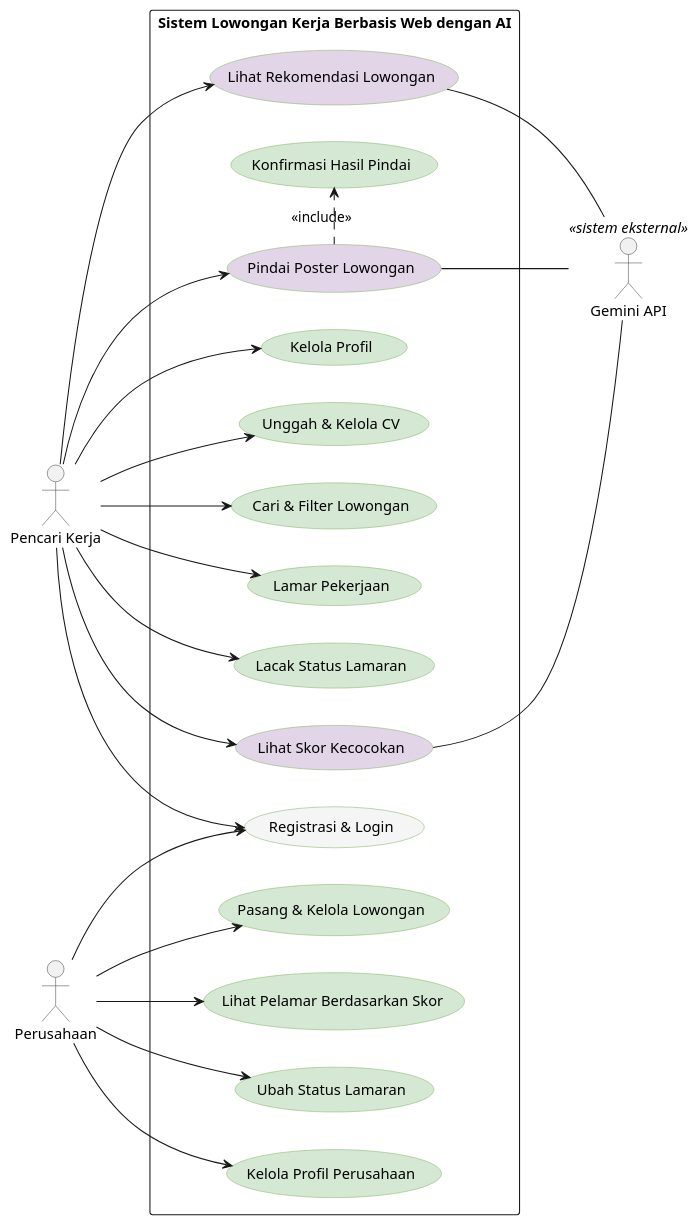
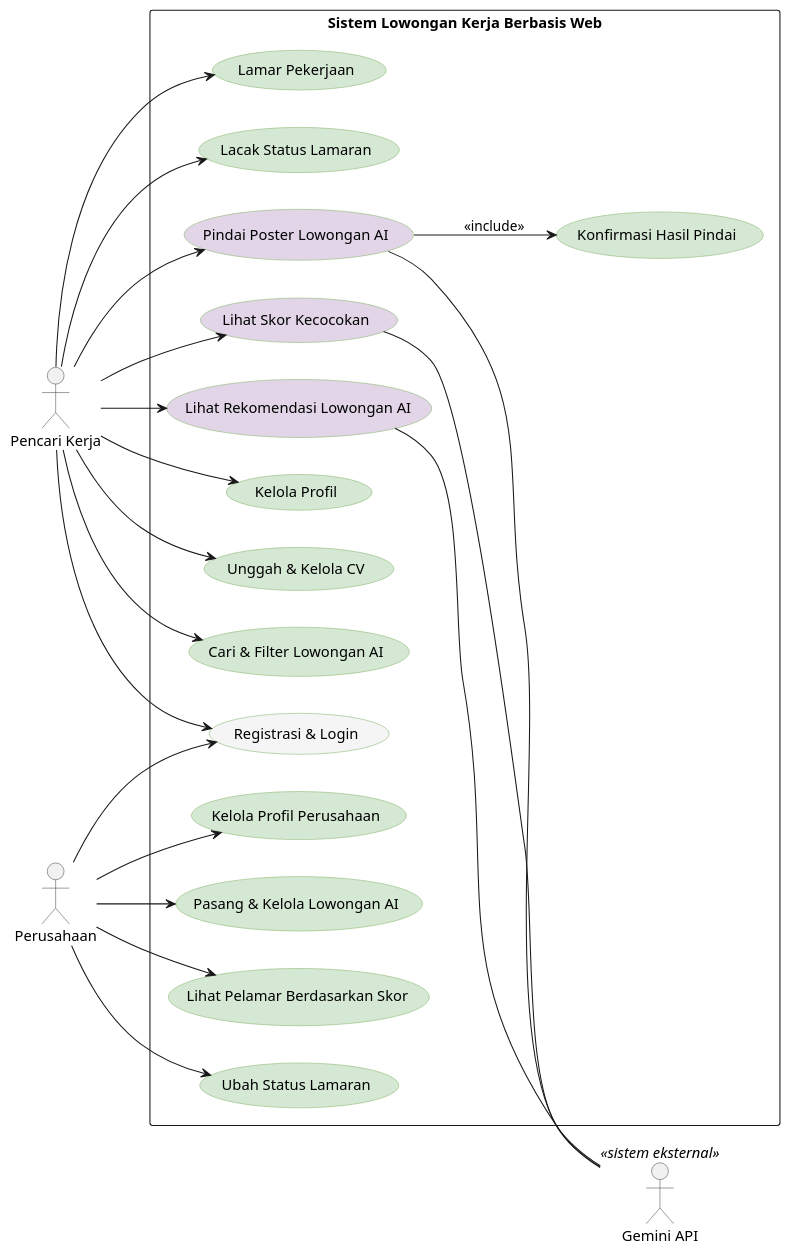
Before and after one commit to sheilloputratama/SI-Lowongan-Pekerjaan_3_E: the diagram in usecase.puml, drawn with PlantUML. The commit also changed 30 other files, not shown here.

Commit message:
Revert branding to SI Lowongan Kerja

```diff
--- a/usecase.puml
+++ b/usecase.puml
@@ -1,57 +1,57 @@
 @startuml
 left to right direction
 skinparam packageStyle rectangle
 skinparam usecase {
   BackgroundColor #d5e8d4
   BorderColor #82b366
 }
 skinparam actor {
   BorderColor #444444
 }
 
 actor "Pencari Kerja" as PK
 actor "Perusahaan" as PR
 actor "Gemini API" as AI <<sistem eksternal>>
 
-rectangle "Sistem Lowongan Kerja Berbasis Web dengan AI" {
+rectangle "Sistem Lowongan Kerja Berbasis Web" {
   usecase "Registrasi & Login" as UC01 #f5f5f5
 
   usecase "Kelola Profil" as UC02
   usecase "Unggah & Kelola CV" as UC03
-  usecase "Cari & Filter Lowongan" as UC04
+  usecase "Cari & Filter Lowongan AI" as UC04
   usecase "Lamar Pekerjaan" as UC05
   usecase "Lacak Status Lamaran" as UC06
   usecase "Lihat Skor Kecocokan" as UC07 #e1d5e7
-  usecase "Lihat Rekomendasi Lowongan" as UC08 #e1d5e7
-  usecase "Pindai Poster Lowongan" as UC09 #e1d5e7
+  usecase "Lihat Rekomendasi Lowongan AI" as UC08 #e1d5e7
+  usecase "Pindai Poster Lowongan AI" as UC09 #e1d5e7
   usecase "Konfirmasi Hasil Pindai" as UC10
 
   usecase "Kelola Profil Perusahaan" as UC11
-  usecase "Pasang & Kelola Lowongan" as UC12
+  usecase "Pasang & Kelola Lowongan AI" as UC12
   usecase "Lihat Pelamar Berdasarkan Skor" as UC13
   usecase "Ubah Status Lamaran" as UC14
 }
 
 PK --> UC01
 PR --> UC01
 
 PK --> UC02
 PK --> UC03
 PK --> UC04
 PK --> UC05
 PK --> UC06
 PK --> UC07
 PK --> UC08
 PK --> UC09
 
 PR --> UC11
 PR --> UC12
 PR --> UC13
 PR --> UC14
 
-UC09 .> UC10 : <<include>>
+UC09 --> UC10 : <<include>>
 
 UC07 -- AI
 UC08 -- AI
 UC09 -- AI
 @enduml
```
